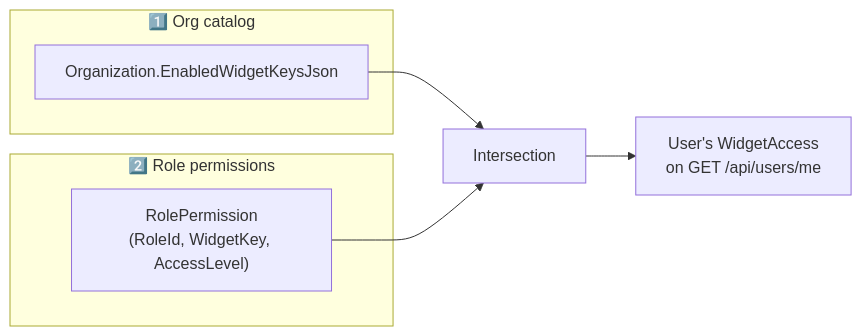
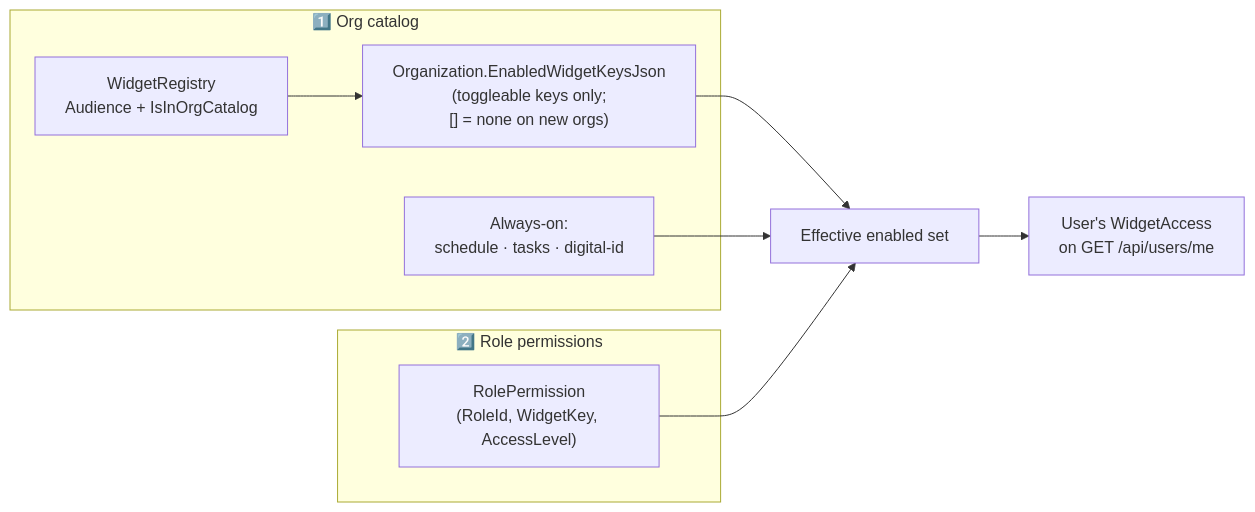
The third of 4 diagrams in docs/Architecture.md (ArisHorvat/omada-platform), drawn with Mermaid before and after one commit. The commit also changed other lines of this file and 642 other files, not shown here.

````diff
--- a/docs/Architecture.md
+++ b/docs/Architecture.md
@@ -109,12 +120,16 @@
 ```mermaid
 flowchart LR
     subgraph Layer1["1️⃣ Org catalog"]
-        OW["Organization.EnabledWidgetKeysJson"]
+        WR["WidgetRegistry\nAudience + IsInOrgCatalog"]
+        OW["Organization.EnabledWidgetKeysJson\n(toggleable keys only;\n[] = none on new orgs)"]
+        AO["Always-on:\nschedule · tasks · digital-id"]
     end
     subgraph Layer2["2️⃣ Role permissions"]
         RP["RolePermission\n(RoleId, WidgetKey, AccessLevel)"]
     end
-    OW --> Intersect["Intersection"]
+    WR --> OW
+    OW --> Intersect["Effective enabled set"]
+    AO --> Intersect
     RP --> Intersect
     Intersect --> User["User's WidgetAccess\non GET /api/users/me"]
 ```
````
